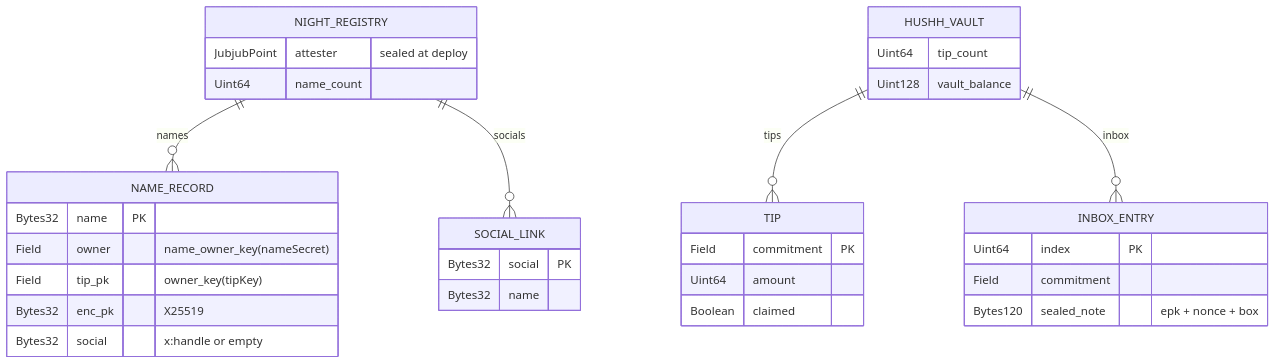
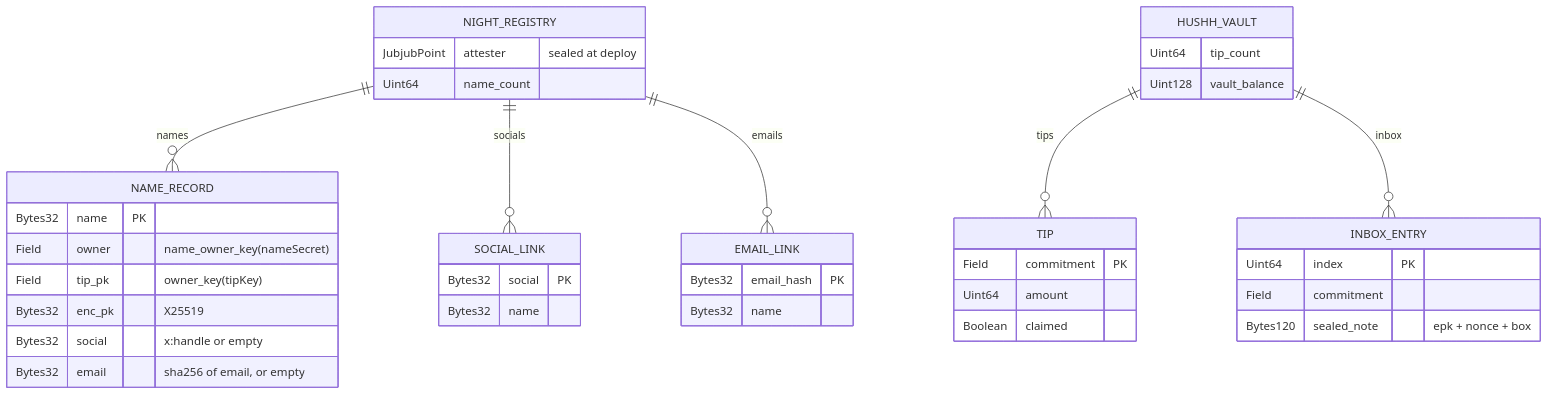
Before and after one commit to Kali-Decoder/midnight-hushhprotocol: the seventh of 8 diagrams in README.md, drawn with Mermaid. The commit also changed other lines of this file, not shown here.

First line of the commit message:
Link a verified email to a Midnight passport; passport card on profile

````diff
--- a/README.md
+++ b/README.md
@@ -201,36 +202,42 @@
 ```mermaid
 erDiagram
   NIGHT_REGISTRY ||--o{ NAME_RECORD : "names"
   NIGHT_REGISTRY ||--o{ SOCIAL_LINK : "socials"
+  NIGHT_REGISTRY ||--o{ EMAIL_LINK : "emails"
   HUSHH_VAULT ||--o{ TIP : "tips"
   HUSHH_VAULT ||--o{ INBOX_ENTRY : "inbox"
   NIGHT_REGISTRY {
     JubjubPoint attester "sealed at deploy"
     Uint64 name_count
   }
   NAME_RECORD {
     Bytes32 name PK
     Field owner "name_owner_key(nameSecret)"
     Field tip_pk "owner_key(tipKey)"
     Bytes32 enc_pk "X25519"
     Bytes32 social "x:handle or empty"
+    Bytes32 email "sha256 of email, or empty"
   }
   SOCIAL_LINK {
     Bytes32 social PK
+    Bytes32 name
+  }
+  EMAIL_LINK {
+    Bytes32 email_hash PK
     Bytes32 name
   }
   HUSHH_VAULT {
     Uint64 tip_count
     Uint128 vault_balance
   }
   TIP {
     Field commitment PK
     Uint64 amount
     Boolean claimed
   }
   INBOX_ENTRY {
     Uint64 index PK
     Field commitment
     Bytes120 sealed_note "epk + nonce + box"
   }
 ```
````
